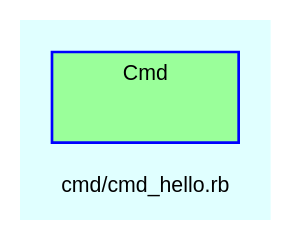
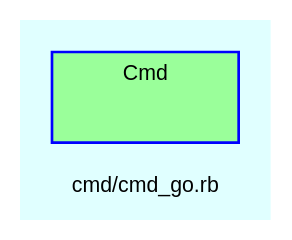
The diagram in doc/dot/f_18.dot (Tyche/teensymud), drawn with Graphviz before and after one commit. The commit also changed 121 other files, not shown here.

```diff
--- a/doc/dot/f_18.dot
+++ b/doc/dot/f_18.dot
@@ -1,29 +1,29 @@
 digraph TopLevel {
     compound = true
     bgcolor = lightcyan1
     fontname = Arial
     fontsize = 8
-    label = "cmd/cmd_hello.rb"
+    label = "cmd/cmd_go.rb"
     node [
         fontname = Arial,
         fontsize = 8,
         color = black
     ]
 
     subgraph cluster_Cmd {
         fillcolor = palegreen1
         URL = "classes/Cmd.html"
         fontname = Arial
         color = blue
         label = "Cmd"
         style = filled
         Cmd [
             shape = plaintext,
             height = 0.01,
             width = 0.75,
             label = ""
         ]
 
     }
 
 }
```
